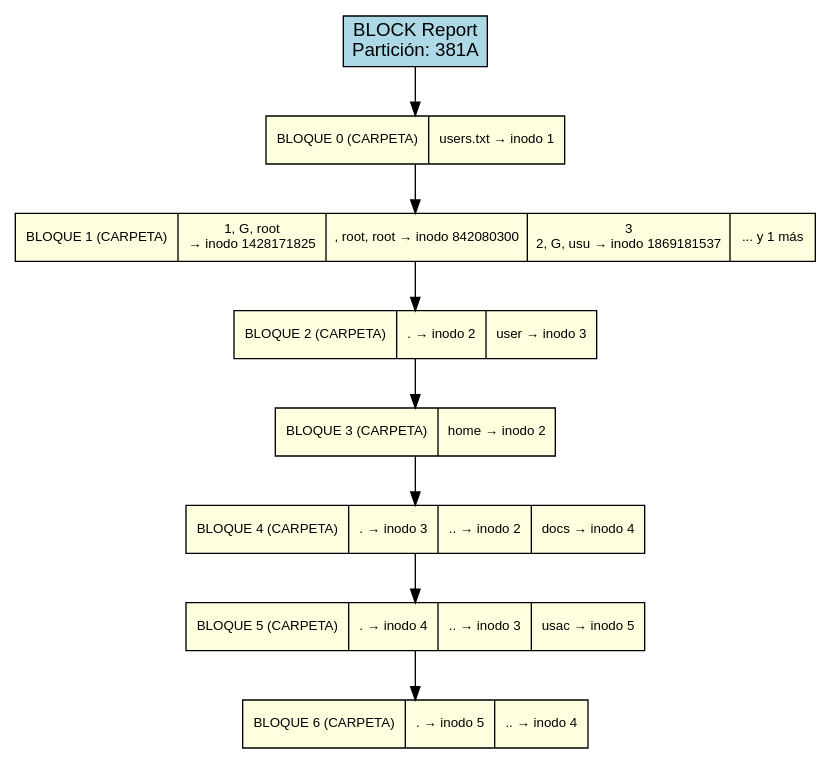
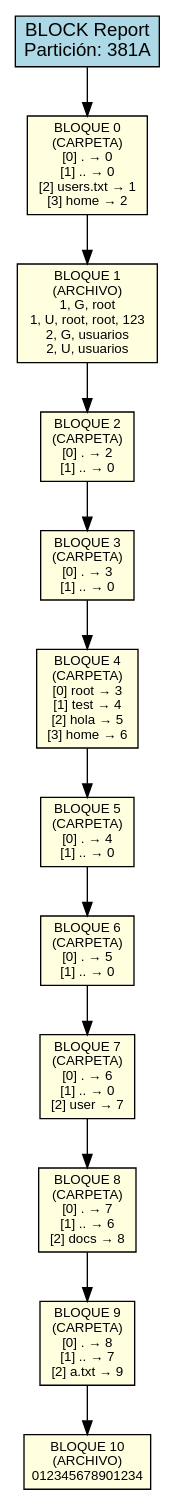
One commit to DiegVas/MIA_2S2025_P1_202300638 changed the diagram in backend/provider/reports/src/block_381A.dot. Above: the diagram before and after it, drawn with Graphviz. The commit also changed 9 other files, not shown here.

Commit message:
feat: report Block, report bm_inode,report bm_bloc, test report Sb, test report Ls

```diff
--- a/backend/provider/reports/src/block_381A.dot
+++ b/backend/provider/reports/src/block_381A.dot
@@ -1,26 +1,34 @@
 digraph Block_Report {
     rankdir=TB;
     node [shape=record, style=filled];
     graph [fontname="Arial", fontsize=12];
     node [fontname="Arial", fontsize=10];
     edge [fontname="Arial"];
 
     title [label="BLOCK Report\nPartición: 381A", fillcolor=lightblue, fontsize=14];
 
-    block_0 [label="BLOQUE 0 (CARPETA)|{users.txt → inodo 1}", fillcolor=lightyellow];
-    block_1 [label="BLOQUE 1 (CARPETA)|{1, G, root \n → inodo 1428171825}|{, root, root → inodo 842080300}|{3 \n2, G, usu → inodo 1869181537}|{... y 1 más}", fillcolor=lightyellow];
-    block_2 [label="BLOQUE 2 (CARPETA)|{. → inodo 2}|{user → inodo 3}", fillcolor=lightyellow];
-    block_3 [label="BLOQUE 3 (CARPETA)|{home → inodo 2}", fillcolor=lightyellow];
-    block_4 [label="BLOQUE 4 (CARPETA)|{. → inodo 3}|{.. → inodo 2}|{docs → inodo 4}", fillcolor=lightyellow];
-    block_5 [label="BLOQUE 5 (CARPETA)|{. → inodo 4}|{.. → inodo 3}|{usac → inodo 5}", fillcolor=lightyellow];
-    block_6 [label="BLOQUE 6 (CARPETA)|{. → inodo 5}|{.. → inodo 4}", fillcolor=lightyellow];
+    block_0 [label="BLOQUE 0\n(CARPETA)\n[0] . → 0\n[1] .. → 0\n[2] users.txt → 1\n[3] home → 2", fillcolor=lightyellow];
+    block_1 [label="BLOQUE 1\n(ARCHIVO)\n1, G, root \n1, U, root, root, 123 \n2, G, usuarios\n2, U, usuarios", fillcolor=lightyellow];
+    block_2 [label="BLOQUE 2\n(CARPETA)\n[0] . → 2\n[1] .. → 0", fillcolor=lightyellow];
+    block_3 [label="BLOQUE 3\n(CARPETA)\n[0] . → 3\n[1] .. → 0", fillcolor=lightyellow];
+    block_4 [label="BLOQUE 4\n(CARPETA)\n[0] root → 3\n[1] test → 4\n[2] hola → 5\n[3] home → 6", fillcolor=lightyellow];
+    block_5 [label="BLOQUE 5\n(CARPETA)\n[0] . → 4\n[1] .. → 0", fillcolor=lightyellow];
+    block_6 [label="BLOQUE 6\n(CARPETA)\n[0] . → 5\n[1] .. → 0", fillcolor=lightyellow];
+    block_7 [label="BLOQUE 7\n(CARPETA)\n[0] . → 6\n[1] .. → 0\n[2] user → 7", fillcolor=lightyellow];
+    block_8 [label="BLOQUE 8\n(CARPETA)\n[0] . → 7\n[1] .. → 6\n[2] docs → 8", fillcolor=lightyellow];
+    block_9 [label="BLOQUE 9\n(CARPETA)\n[0] . → 8\n[1] .. → 7\n[2] a.txt → 9", fillcolor=lightyellow];
+    block_10 [label="BLOQUE 10\n(ARCHIVO)\n012345678901234", fillcolor=lightyellow];
 
     // Conexiones de la lista enlazada
     title -> block_0;
     block_0 -> block_1;
     block_1 -> block_2;
     block_2 -> block_3;
     block_3 -> block_4;
     block_4 -> block_5;
     block_5 -> block_6;
+    block_6 -> block_7;
+    block_7 -> block_8;
+    block_8 -> block_9;
+    block_9 -> block_10;
 }
```
